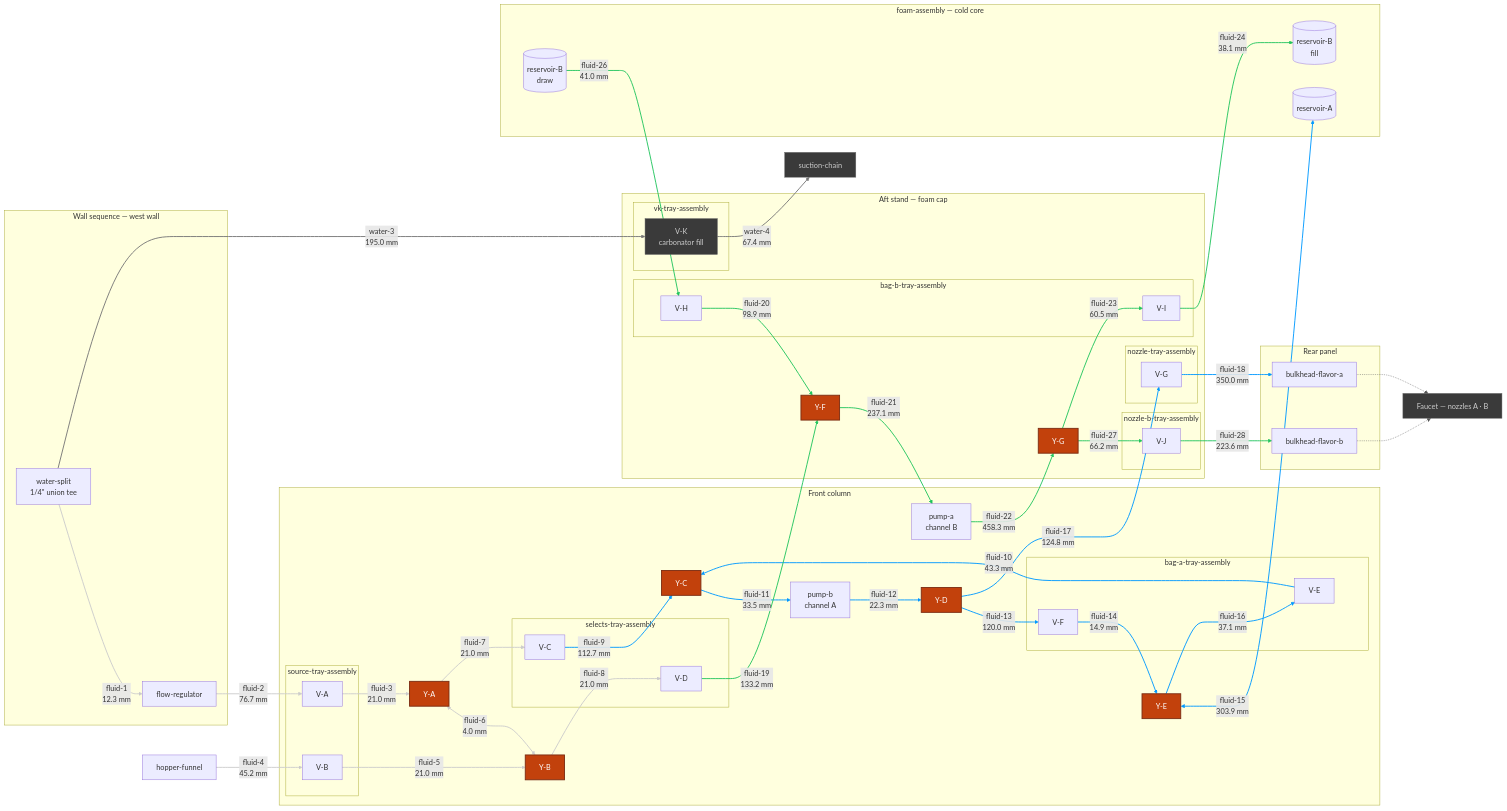
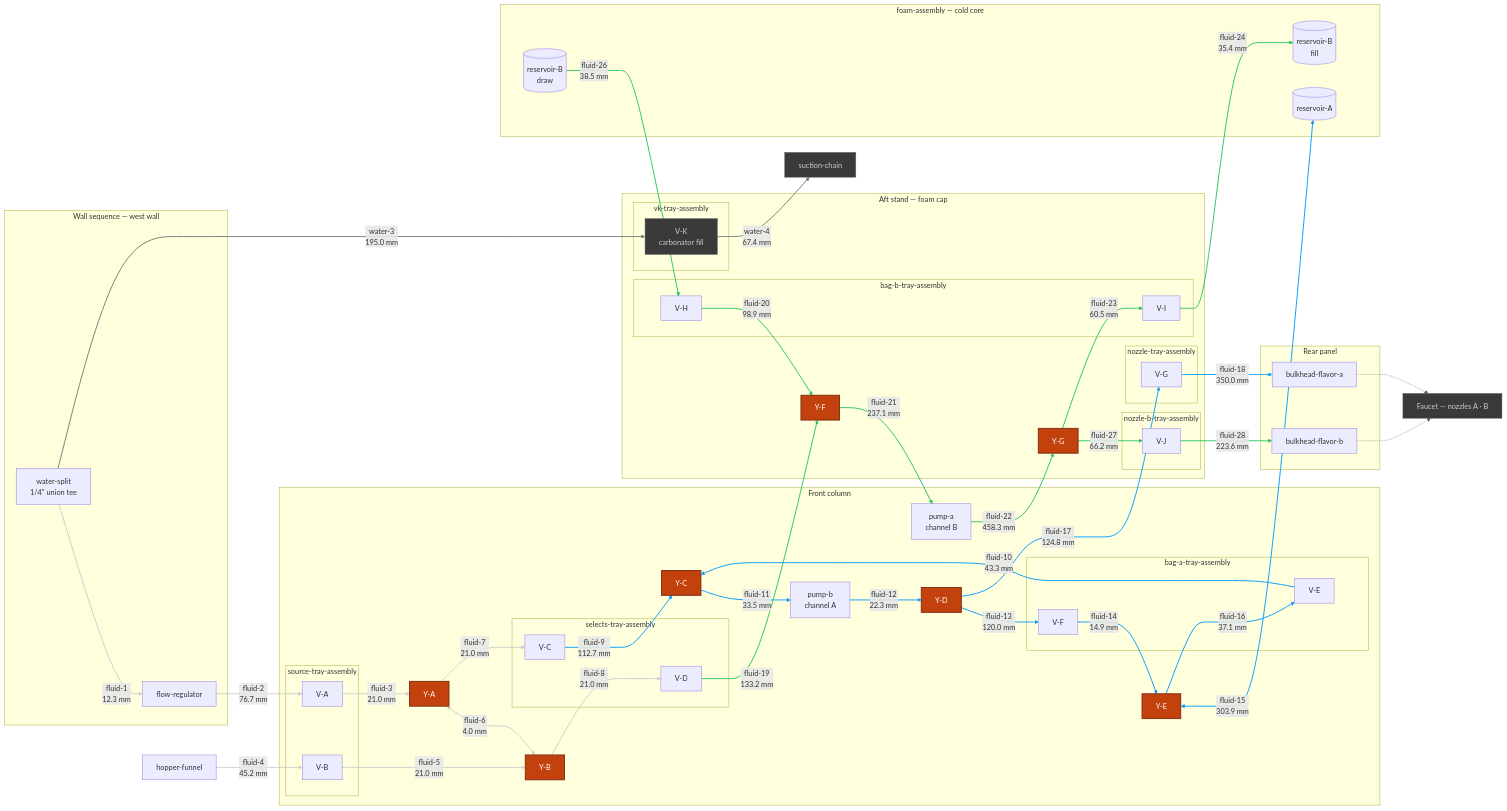
One commit to derekbreden/homesodamachine changed the diagram in hardware/topology/fluid-topology-manifold.mmd. Above: the diagram before and after it, drawn with Mermaid.

Commit message:
topology: the manifold chart carried the pair's pre-countersink lengths, so IT NOW READS THE LEGS THEY ARE — fluid-24 35.4 mm on one bend, fluid-26 38.5 mm on two

```diff
--- a/hardware/topology/fluid-topology-manifold.mmd
+++ b/hardware/topology/fluid-topology-manifold.mmd
@@ -10,8 +10,8 @@
   %% `_fluid_topology_sync.py` writes every number below and gates every edge against
   %% the built run — an edge whose two ends are not that run's two ends fails the gate.
 
-  %% The 28 flavor segments come to [2741.5 mm](FLUID_TOTAL) of 1/4" LLDPE, over
-  %% [68](FLUID_BENDS) bends. The longest is [fluid-22](LONGEST_ID) at
+  %% The 28 flavor segments come to [2736.4 mm](FLUID_TOTAL) of 1/4" LLDPE, over
+  %% [67](FLUID_BENDS) bends. The longest is [fluid-22](LONGEST_ID) at
   %% [458.3 mm](LONGEST_LEN); the shortest is [fluid-6](SHORTEST_ID) at
   %% [4.0 mm](SHORTEST_LEN).
 
@@ -172,8 +172,8 @@
   YF -->|"fluid-21<br/>237.1 mm"| PA
   PA -->|"fluid-22<br/>458.3 mm"| YG
   YG -->|"fluid-23<br/>60.5 mm"| VI
-  VI -->|"fluid-24<br/>38.1 mm"| ResBFill
-  ResB -->|"fluid-26<br/>41.0 mm"| VH
+  VI -->|"fluid-24<br/>35.4 mm"| ResBFill
+  ResB -->|"fluid-26<br/>38.5 mm"| VH
   YG -->|"fluid-27<br/>66.2 mm"| VJ
   VJ -->|"fluid-28<br/>223.6 mm"| BhB
 
```
